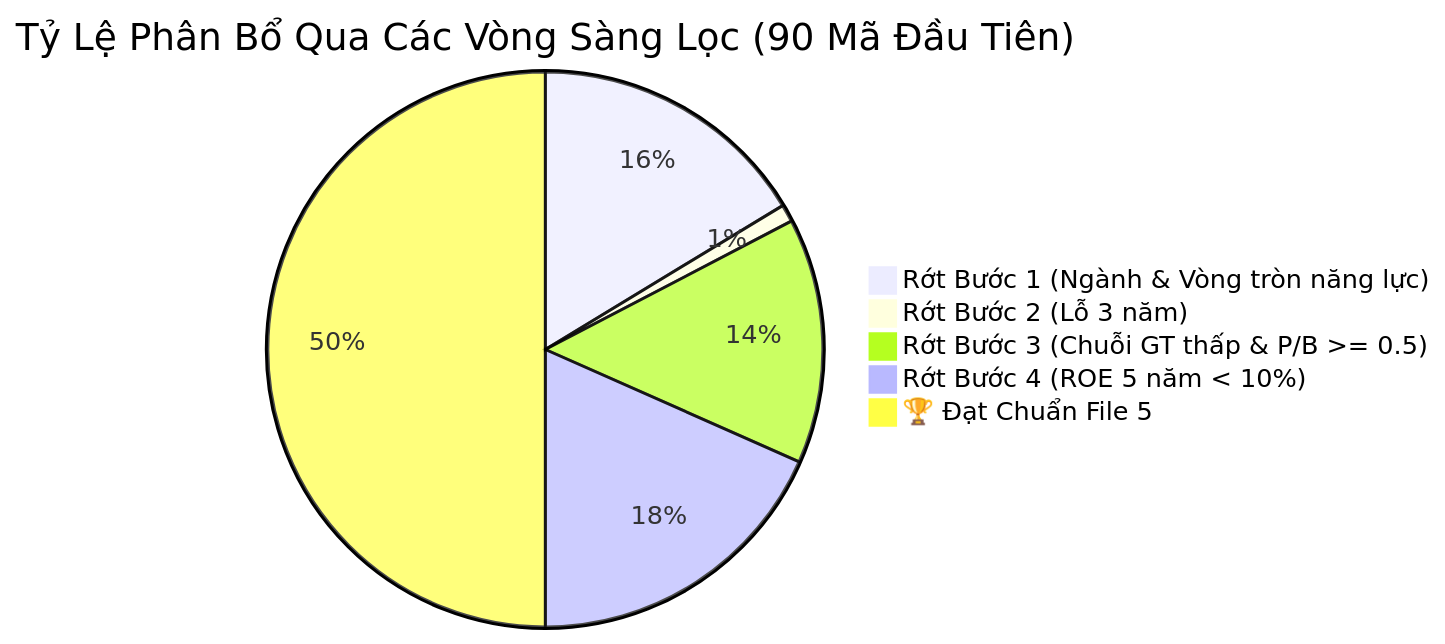
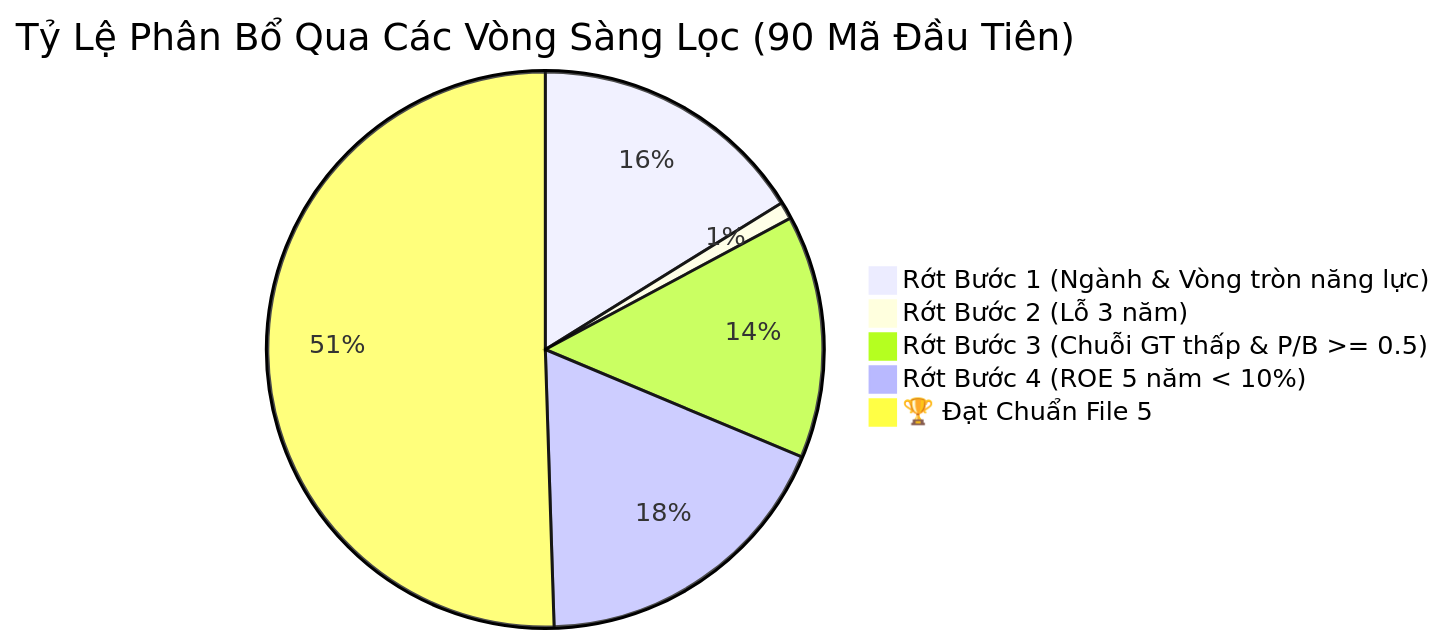
The diagram in screenings/screening_dashboard.md (lenhan1102/pdf-analyzer), drawn with Mermaid before and after one commit. The commit also changed other lines of this file and 8 other files, not shown here.

````diff
--- a/screenings/screening_dashboard.md
+++ b/screenings/screening_dashboard.md
@@ -9,8 +9,8 @@
 ```mermaid
 pie title Tỷ Lệ Phân Bổ Qua Các Vòng Sàng Lọc (90 Mã Đầu Tiên)
     "Rớt Bước 1 (Ngành & Vòng tròn năng lực)" : 16
     "Rớt Bước 2 (Lỗ 3 năm)" : 1
     "Rớt Bước 3 (Chuỗi GT thấp & P/B >= 0.5)" : 14
     "Rớt Bước 4 (ROE 5 năm < 10%)" : 18
-    "🏆 Đạt Chuẩn File 5" : 49
+    "🏆 Đạt Chuẩn File 5" : 50
 ```
````
